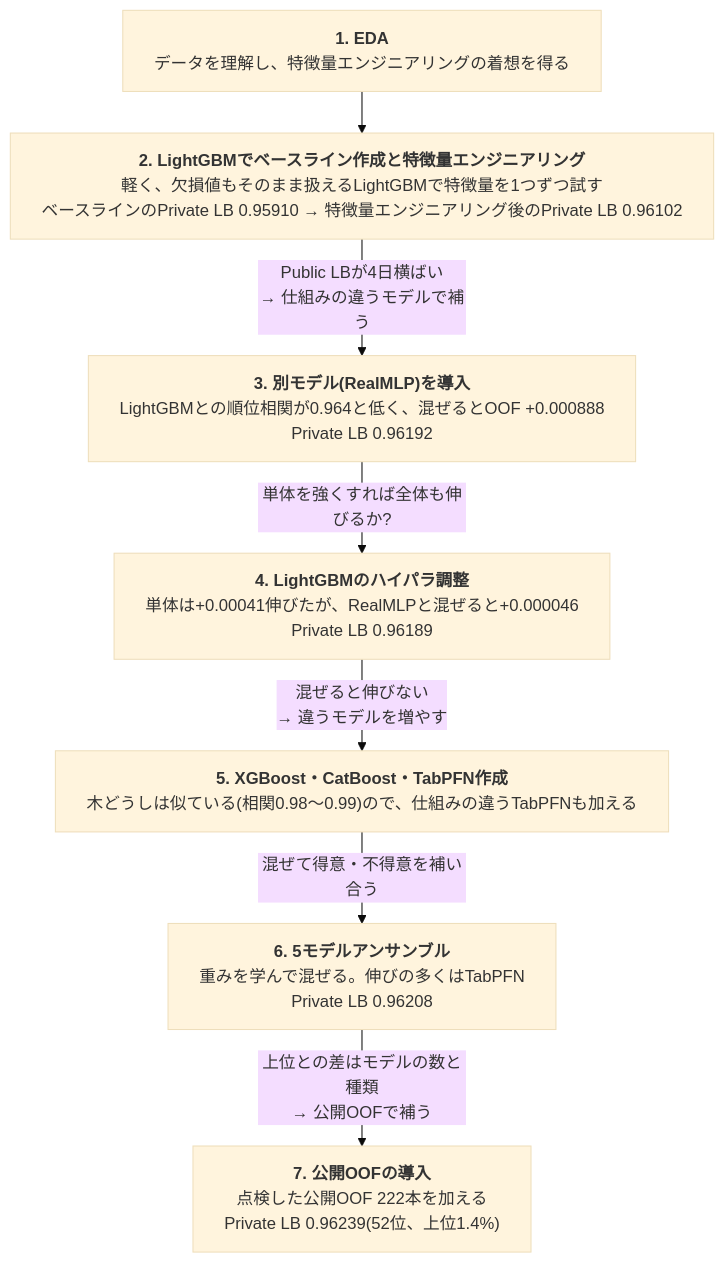
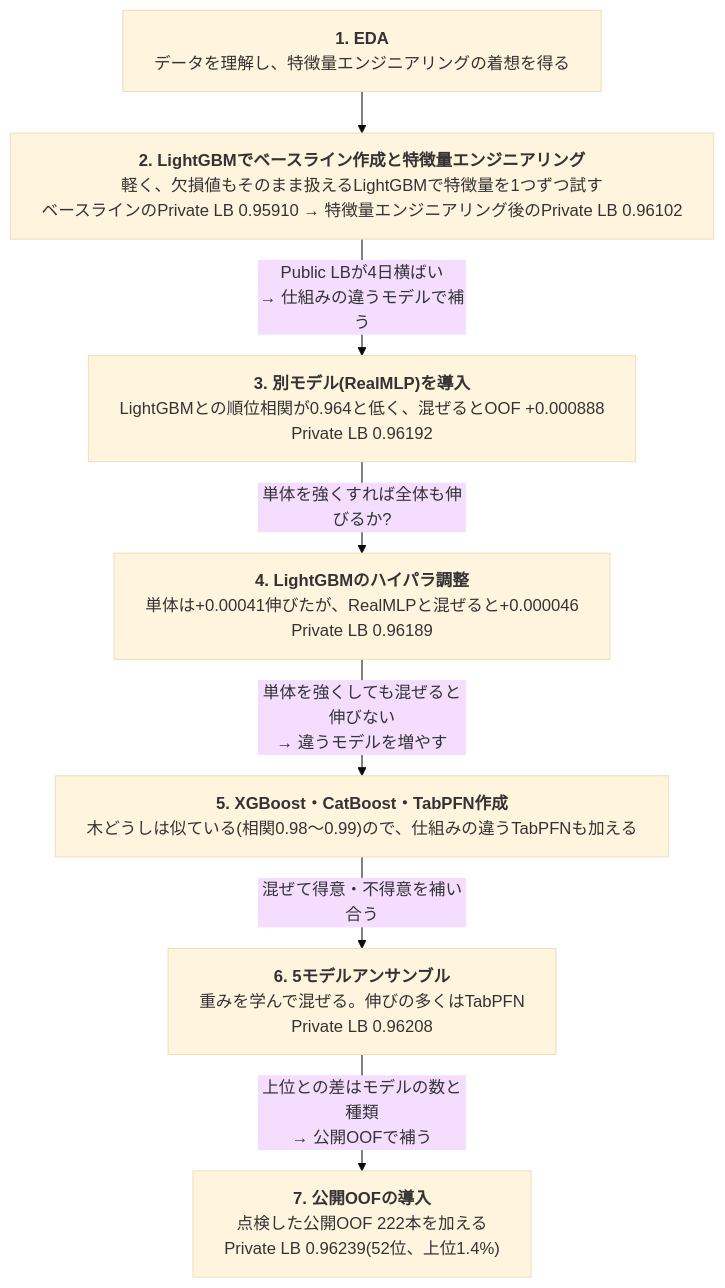
The first of 3 diagrams in README.md (aramaki5443-art/kaggle-s6e10-airline-satisfaction), drawn with Mermaid (base theme) before and after one commit.

Commit message:
README: フロー図4→5のラベルを修正
Claude-Session: https://claude.ai/code/session_01W4XQw12fApd9PttvvKTwbS

````diff
--- a/README.md
+++ b/README.md
@@ -21,22 +21,22 @@
 ```mermaid
 ---
 config:
   flowchart:
     wrappingWidth: 800
     rankSpacing: 40
 ---
 flowchart TD
   S1["<b>1. EDA</b><br>データを理解し、特徴量エンジニアリングの着想を得る"]
   S2["<b>2. LightGBMでベースライン作成と特徴量エンジニアリング</b><br>軽く、欠損値もそのまま扱えるLightGBMで特徴量を1つずつ試す<br>ベースラインのPrivate LB 0.95910 → 特徴量エンジニアリング後のPrivate LB 0.96102"]
   S3["<b>3. 別モデル(RealMLP)を導入</b><br>LightGBMとの順位相関が0.964と低く、混ぜるとOOF +0.000888<br>Private LB 0.96192"]
   S4["<b>4. LightGBMのハイパラ調整</b><br>単体は+0.00041伸びたが、RealMLPと混ぜると+0.000046<br>Private LB 0.96189"]
   S5["<b>5. XGBoost・CatBoost・TabPFN作成</b><br>木どうしは似ている(相関0.98〜0.99)ので、仕組みの違うTabPFNも加える"]
   S6["<b>6. 5モデルアンサンブル</b><br>重みを学んで混ぜる。伸びの多くはTabPFN<br>Private LB 0.96208"]
   S7["<b>7. 公開OOFの導入</b><br>点検した公開OOF 222本を加える<br>Private LB 0.96239(52位、上位1.4%)"]
   S1 --> S2
   S2 -->|"Public LBが4日横ばい<br>→ 仕組みの違うモデルで補う"| S3
   S3 -->|"単体を強くすれば全体も伸びるか?"| S4
-  S4 -->|"混ぜると伸びない<br>→ 違うモデルを増やす"| S5
+  S4 -->|"単体を強くしても混ぜると伸びない<br>→ 違うモデルを増やす"| S5
   S5 -->|"混ぜて得意・不得意を補い合う"| S6
   S6 -->|"上位との差はモデルの数と種類<br>→ 公開OOFで補う"| S7
 ```
````
